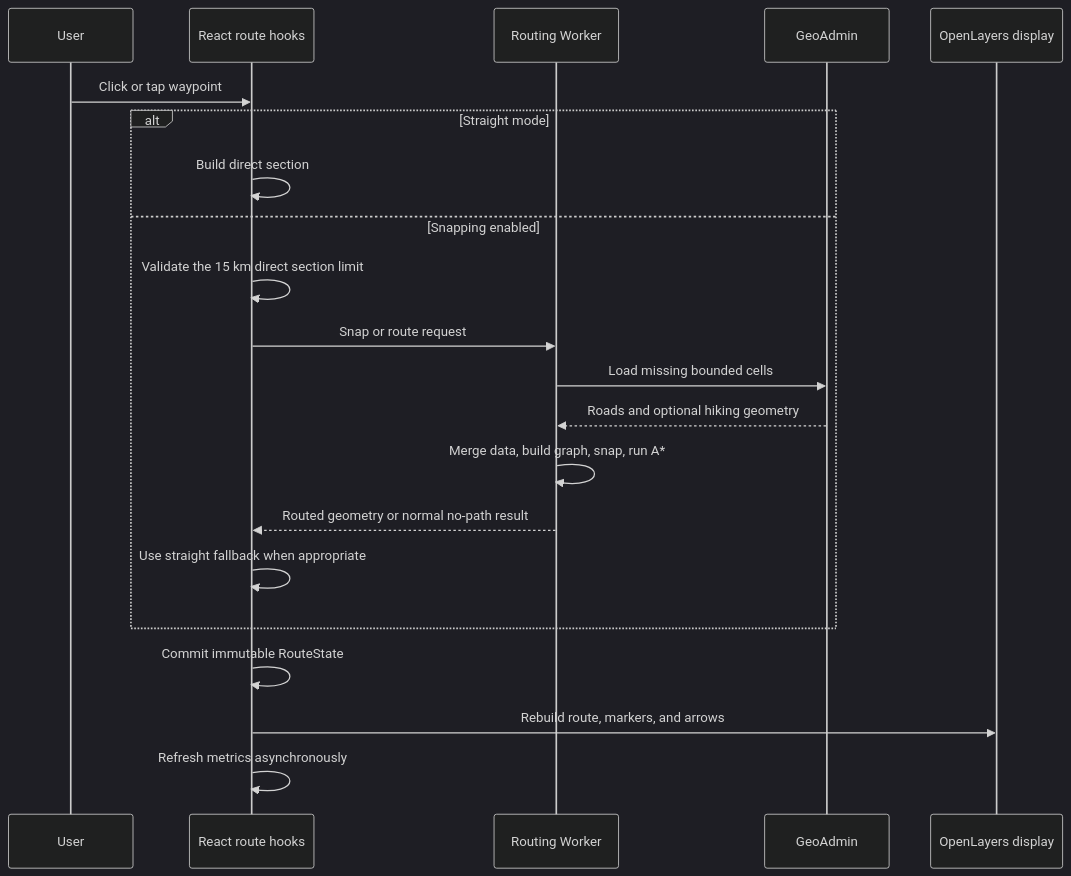
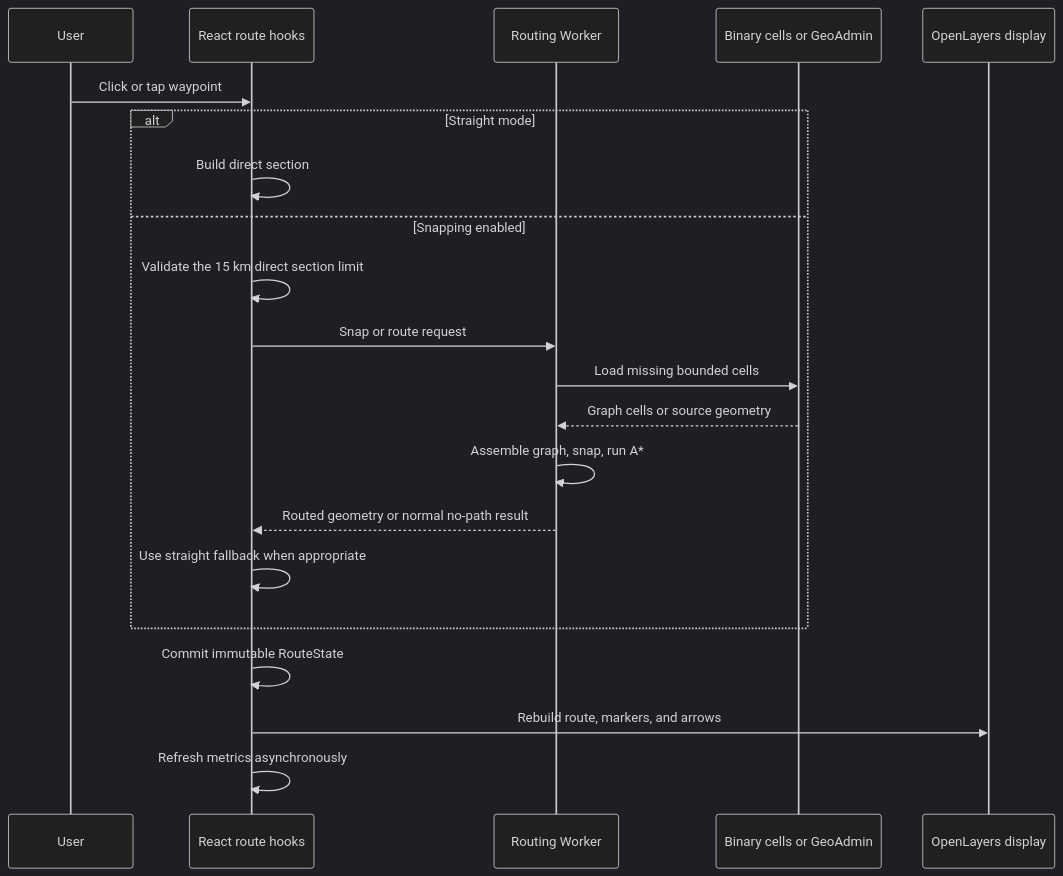
Before and after one commit to egofree71/via-helvetica: the fourth of 5 diagrams in docs/ARCHITECTURE.md, drawn with Mermaid (dark theme). The commit also changed other lines of this file and 55 other files, not shown here.

````diff
--- a/docs/ARCHITECTURE.md
+++ b/docs/ARCHITECTURE.md
@@ -361,24 +382,24 @@
 ```mermaid
 sequenceDiagram
     participant User
     participant UI as React route hooks
     participant Worker as Routing Worker
-    participant GeoAdmin
+    participant Provider as Binary cells or GeoAdmin
     participant Map as OpenLayers display
 
     User->>UI: Click or tap waypoint
     alt Straight mode
         UI->>UI: Build direct section
     else Snapping enabled
         UI->>UI: Validate the 15 km direct section limit
         UI->>Worker: Snap or route request
-        Worker->>GeoAdmin: Load missing bounded cells
-        GeoAdmin-->>Worker: Roads and optional hiking geometry
-        Worker->>Worker: Merge data, build graph, snap, run A*
+        Worker->>Provider: Load missing bounded cells
+        Provider-->>Worker: Graph cells or source geometry
+        Worker->>Worker: Assemble graph, snap, run A*
         Worker-->>UI: Routed geometry or normal no-path result
         UI->>UI: Use straight fallback when appropriate
     end
     UI->>UI: Commit immutable RouteState
     UI->>Map: Rebuild route, markers, and arrows
     UI->>UI: Refresh metrics asynchronously
 ```
````
